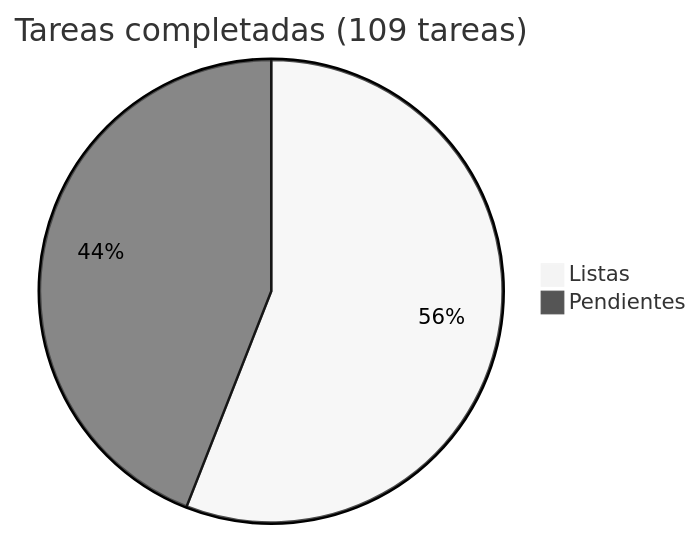
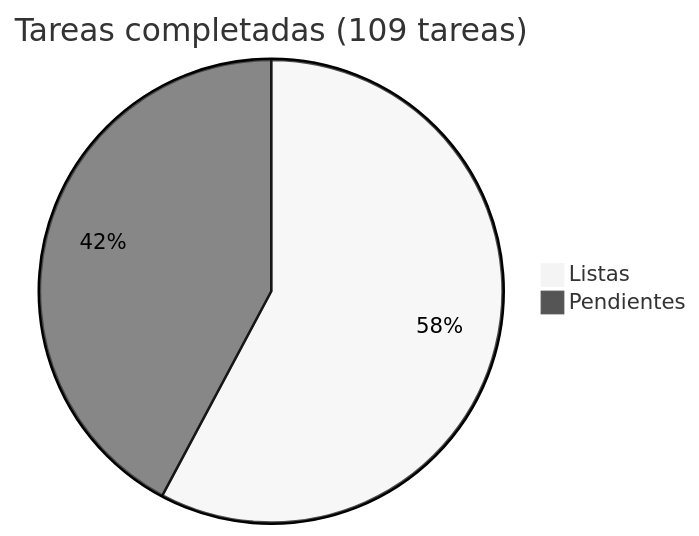
The diagram in docs/roadmap/README.md (araguaney-lat/araguaney), drawn with Mermaid (neutral theme) before and after one commit. The commit also changed other lines of this file and 11 other files, not shown here.

````diff
--- a/docs/roadmap/README.md
+++ b/docs/roadmap/README.md
@@ -5,5 +5,5 @@
 ```mermaid
 pie title Tareas completadas (109 tareas)
-    "Listas" : 61
-    "Pendientes" : 48
+    "Listas" : 63
+    "Pendientes" : 46
 ```
````
